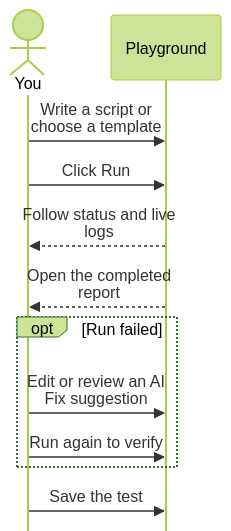
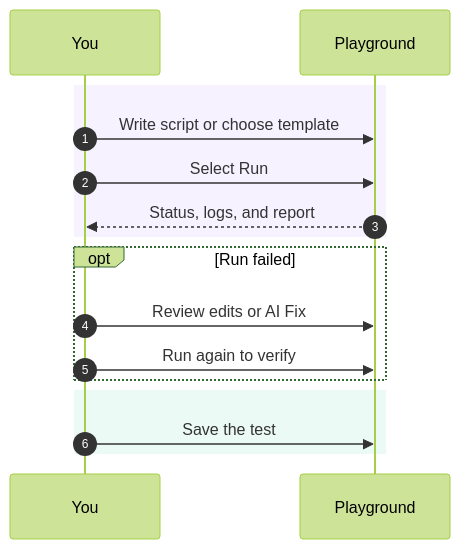
Before and after one commit to supercheck-io/supercheck: the diagram in docs/content/docs/app/automate/playground.mdx, drawn with Mermaid (forest theme). The commit also changed other lines of this file and 34 other files, not shown here.

Commit message:
docs: restore architecture and polish user workflows (#337)

````diff
--- a/docs/content/docs/app/automate/playground.mdx
+++ b/docs/content/docs/app/automate/playground.mdx
@@ -44,16 +44,21 @@
 ```mermaid
-%%{init: {"sequence": {"mirrorActors": false, "actorMargin": 24, "width": 110, "height": 65, "wrap": true}}}%%
 sequenceDiagram
-    actor You
-    participant Editor as Playground
+    accTitle: Playground workflow
+    accDescr: Run a script, review its report, verify changes, and save the test.
+    autonumber
+    participant You as You
+    participant App as Playground
 
-    You->>Editor: Write a script or choose a template
-    You->>Editor: Click Run
-    Editor-->>You: Follow status and live logs
-    Editor-->>You: Open the completed report
+    rect rgba(139, 92, 246, 0.08)
+        You->>App: Write script or choose template
+        You->>App: Select Run
+        App-->>You: Status, logs, and report
+    end
     opt Run failed
-        You->>Editor: Edit or review an AI Fix suggestion
-        You->>Editor: Run again to verify
+        You->>App: Review edits or AI Fix
+        You->>App: Run again to verify
     end
-    You->>Editor: Save the test
+    rect rgba(16, 185, 129, 0.08)
+        You->>App: Save the test
+    end
 ```
````
